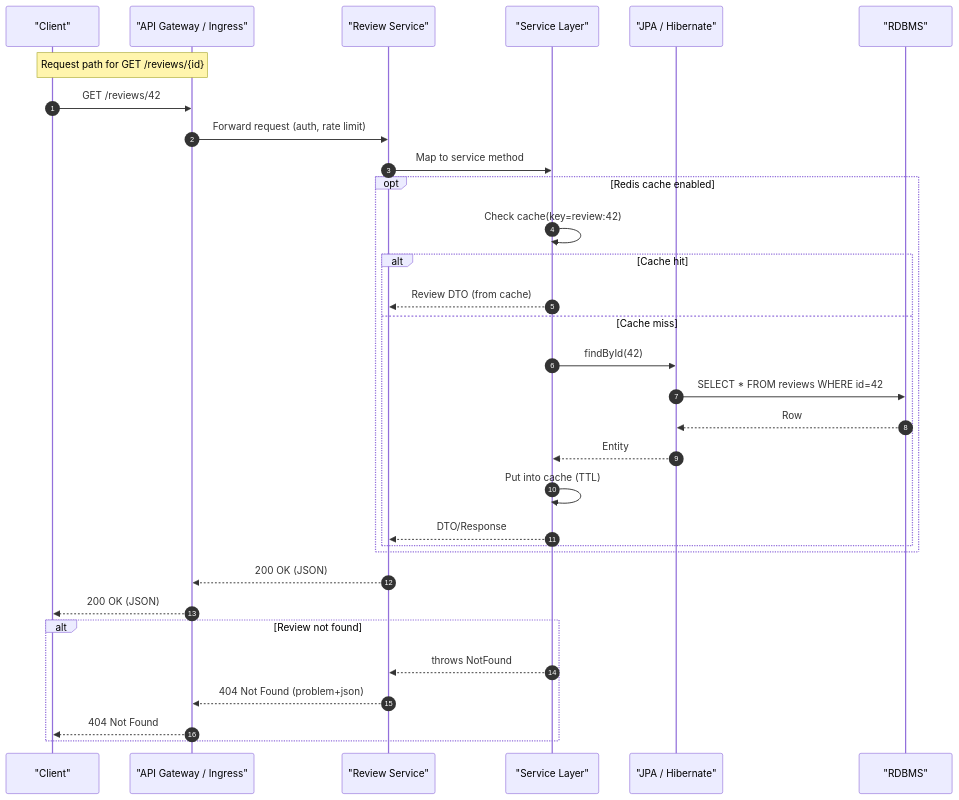
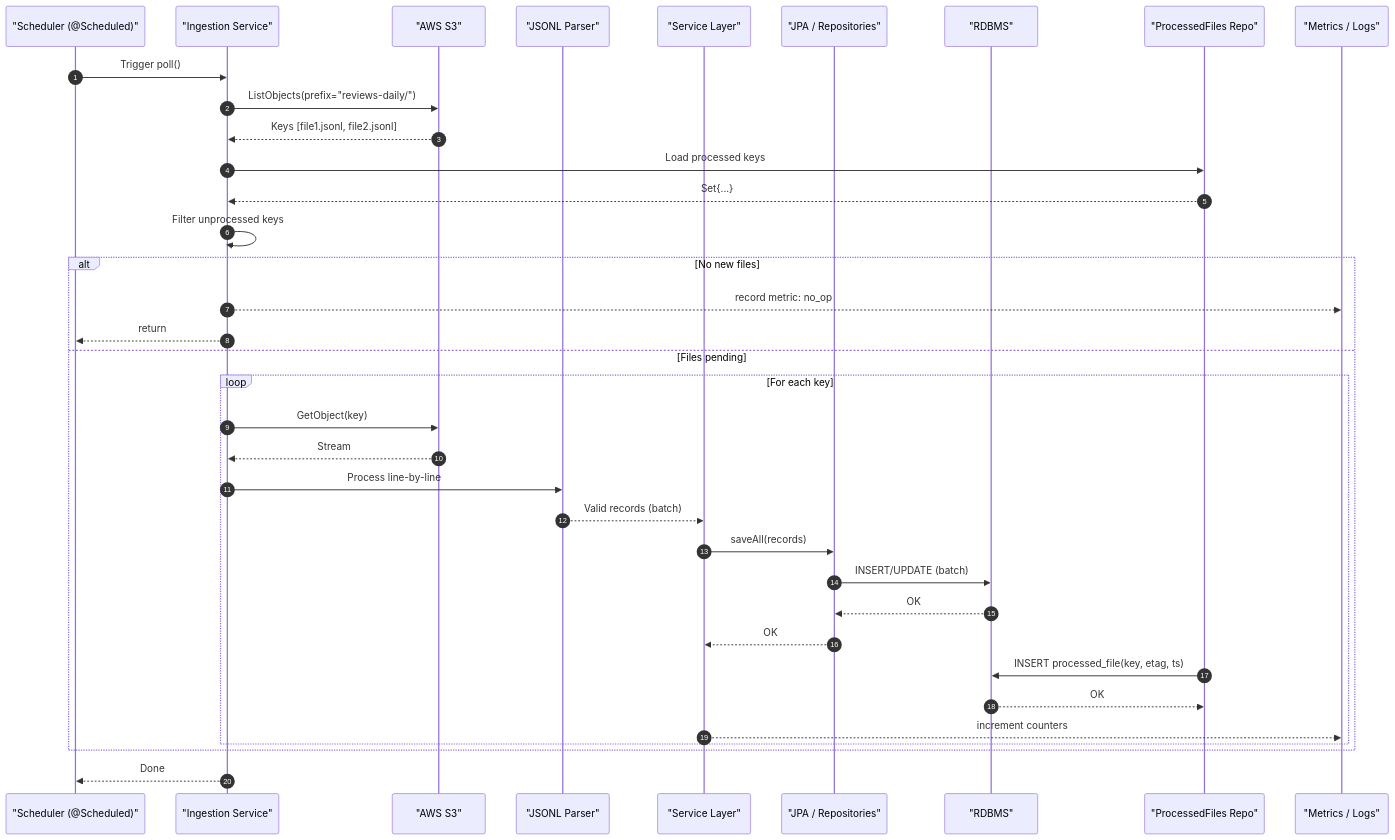
The second of 2 diagrams in README.md (amit183239/zuzu-reviews), drawn with Mermaid before and after one commit. The commit also changed other lines of this file and 1 other file, not shown here.

Commit message:
udpating readme.md

````diff
--- a/README.md
+++ b/README.md
@@ -145,43 +145,43 @@
 ```mermaid
 sequenceDiagram
-autonumber
-participant C as "Client"
-participant G as "API Gateway / Ingress"
-participant R as "Review Service"
-participant S as "Service Layer"
-participant J as "JPA / Hibernate"
-participant D as "RDBMS"
+  autonumber
+  participant CRON as "Scheduler (@Scheduled)"
+  participant ING as "Ingestion Service"
+  participant S3 as "AWS S3"
+  participant PARSER as "JSONL Parser"
+  participant SVC as "Service Layer"
+  participant JPA as "JPA / Repositories"
+  participant DB as "RDBMS"
+  participant PF as "ProcessedFiles Repo"
+  participant MET as "Metrics / Logs"
+
+  CRON->>ING: Trigger poll()
+  ING->>S3: ListObjects(prefix="reviews-daily/")
+  S3-->>ING: Keys [file1.jsonl, file2.jsonl]
+  ING->>PF: Load processed keys
+  PF-->>ING: Set{...}
+  ING->>ING: Filter unprocessed keys
+
+  alt No new files
+    ING-->>MET: record metric: no_op
+    ING-->>CRON: return
+  else Files pending
+    loop For each key
+      ING->>S3: GetObject(key)
+      S3-->>ING: Stream
+      ING->>PARSER: Process line-by-line
+      PARSER-->>SVC: Valid records (batch)
+      SVC->>JPA: saveAll(records)
+      JPA->>DB: INSERT/UPDATE (batch)
+      DB-->>JPA: OK
+      JPA-->>SVC: OK
+      PF->>DB: INSERT processed_file(key, etag, ts)
+      DB-->>PF: OK
+      SVC-->>MET: increment counters
+    end
+  end
+
+  ING-->>CRON: Done
 
 
-Note over C,G: Request path for GET /reviews/{id}
-C->>G: GET /reviews/42
-G->>R: Forward request (auth, rate limit)
-R->>S: Map to service method
-
-
-opt Redis cache enabled
-S->>S: Check cache(key=review:42)
-alt Cache hit
-S-->>R: Review DTO (from cache)
-else Cache miss
-S->>J: findById(42)
-J->>D: SELECT * FROM reviews WHERE id=42
-D-->>J: Row
-J-->>S: Entity
-S->>S: Put into cache (TTL)
-S-->>R: DTO/Response
-end
-end
-
-
-R-->>G: 200 OK (JSON)
-G-->>C: 200 OK (JSON)
-
-
-%% Error branch (e.g., not found)
-alt Review not found
-S-->>R: throws NotFound
-R-->>G: 404 Not Found (problem+json)
-G-->>C: 404 Not Found
-end
 ```
````
